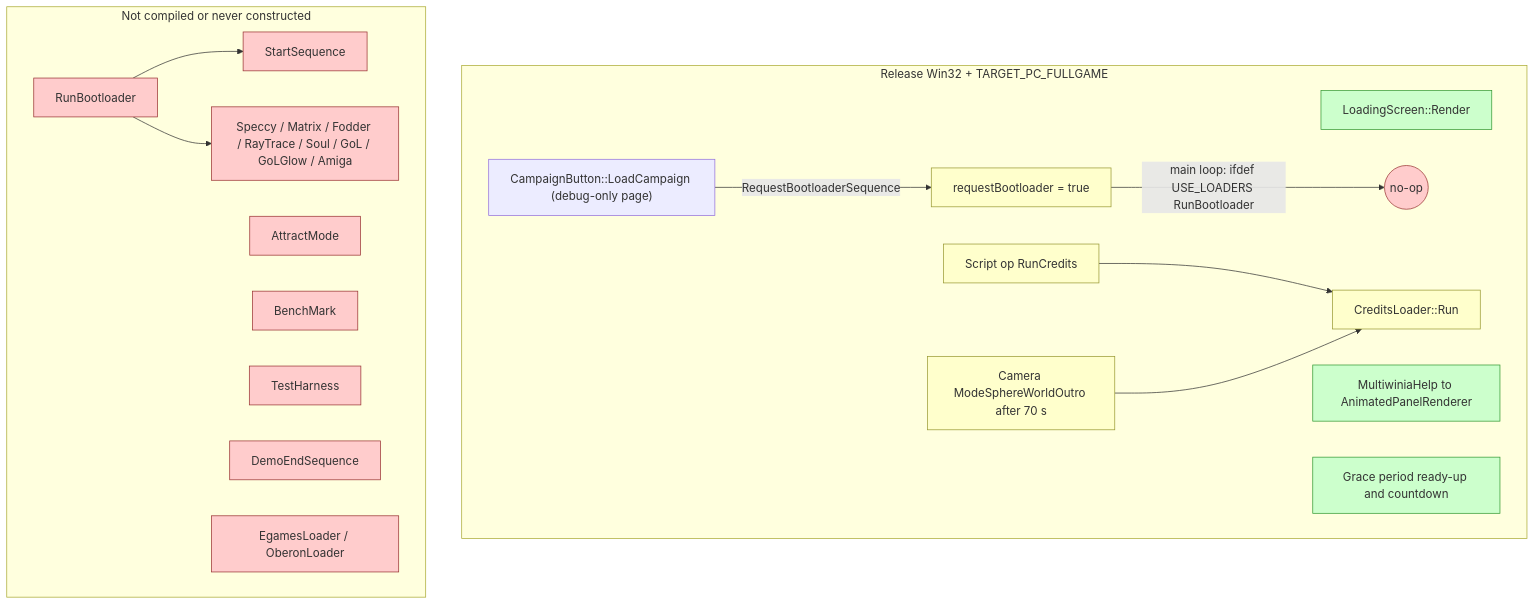
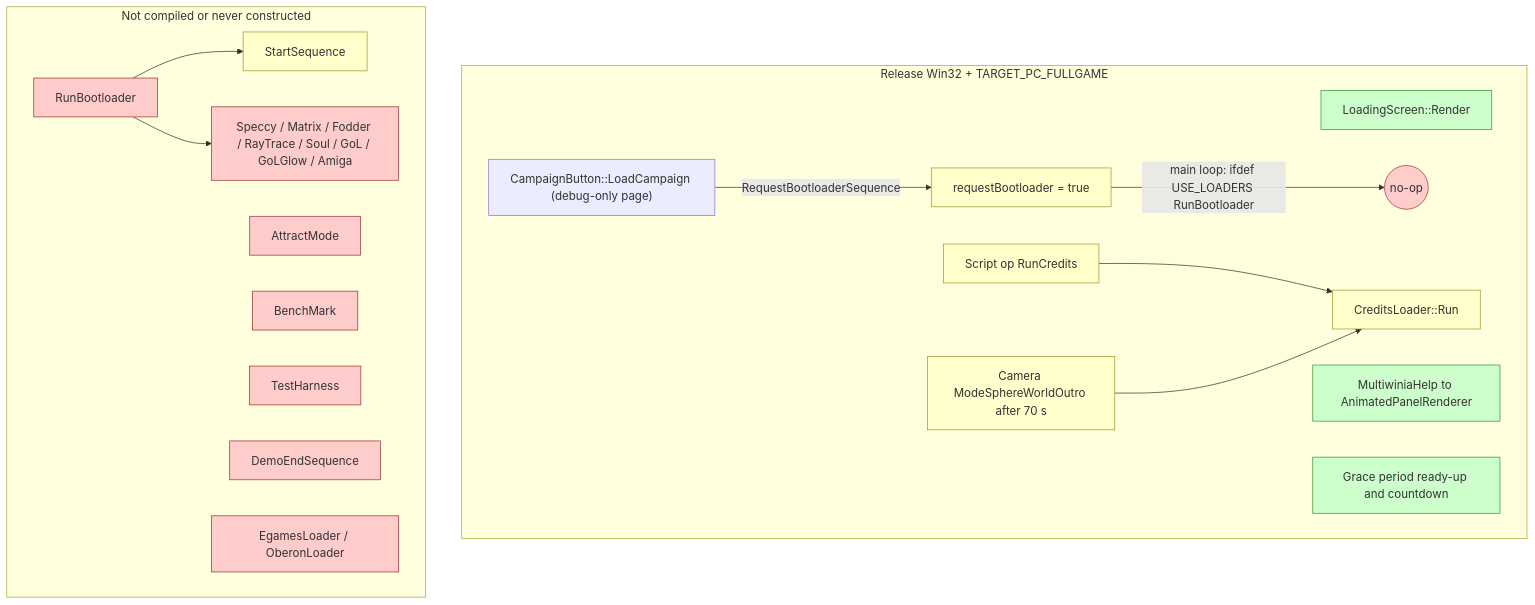
Before and after one commit to Zwaliebaba/Species.AI: the fifth of 8 diagrams in design/09_meta_systems.md, drawn with Mermaid. The commit also changed other lines of this file and 36 other files, not shown here.

````diff
--- a/design/09_meta_systems.md
+++ b/design/09_meta_systems.md
@@ -1683,24 +1688,24 @@
 ```mermaid
 flowchart TD
     subgraph FULL["Release Win32 + TARGET_PC_FULLGAME"]
       LS["LoadingScreen::Render"]:::live
       AP["MultiwiniaHelp to AnimatedPanelRenderer"]:::live
       GR["Grace period ready-up and countdown"]:::live
       CB["CampaignButton::LoadCampaign (debug-only page)"] -->|"RequestBootloaderSequence"| RQ["requestBootloader = true"]:::legacy
       RQ -->|"main loop: ifdef USE_LOADERS RunBootloader"| X1(("no-op")):::dead
       SC["Script op RunCredits"]:::legacy --> CL["CreditsLoader::Run"]:::legacy
       CO["Camera ModeSphereWorldOutro after 70 s"]:::legacy --> CL
     end
     subgraph DEAD["Not compiled or never constructed"]
-      RB["RunBootloader"]:::dead --> SS["StartSequence"]:::dead
+      RB["RunBootloader"]:::dead --> SS["StartSequence"]:::legacy
       RB --> L8["Speccy / Matrix / Fodder / RayTrace / Soul / GoL / GoLGlow / Amiga"]:::dead
       AM["AttractMode"]:::dead
       BM["BenchMark"]:::dead
       TH["TestHarness"]:::dead
       DE["DemoEndSequence"]:::dead
       EG["EgamesLoader / OberonLoader"]:::dead
     end
     classDef live fill:#cfc,stroke:#393;
     classDef legacy fill:#ffc,stroke:#993;
     classDef dead fill:#fcc,stroke:#933;
 ```
````
